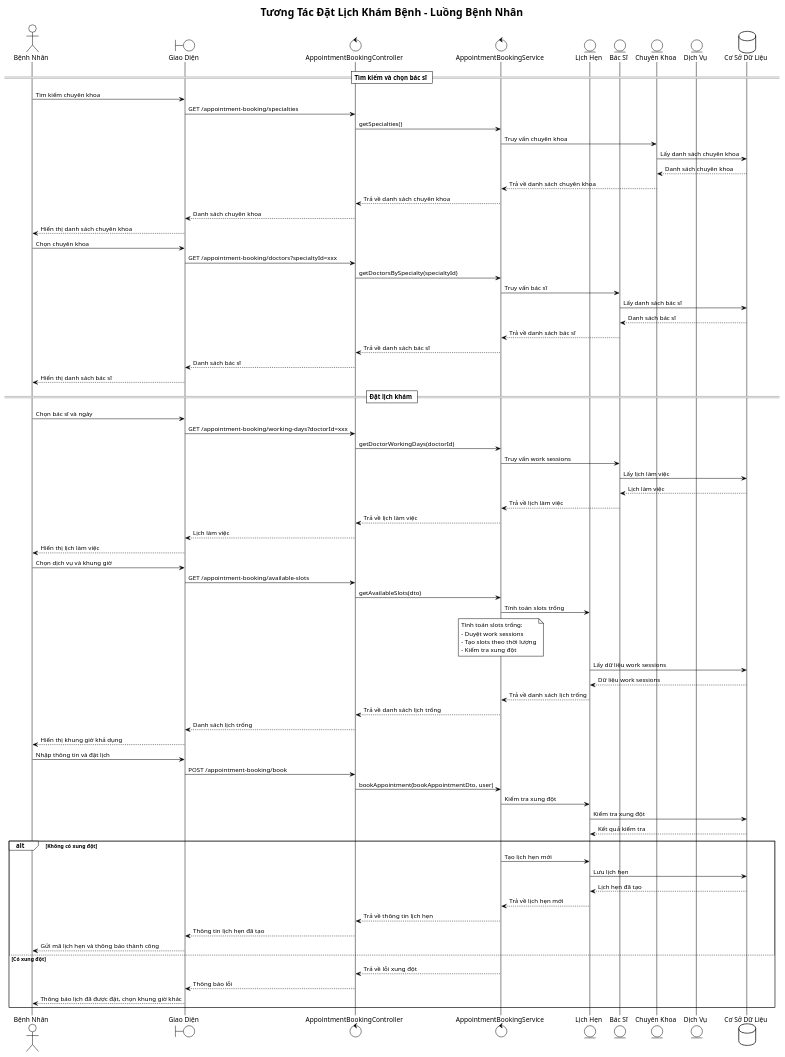
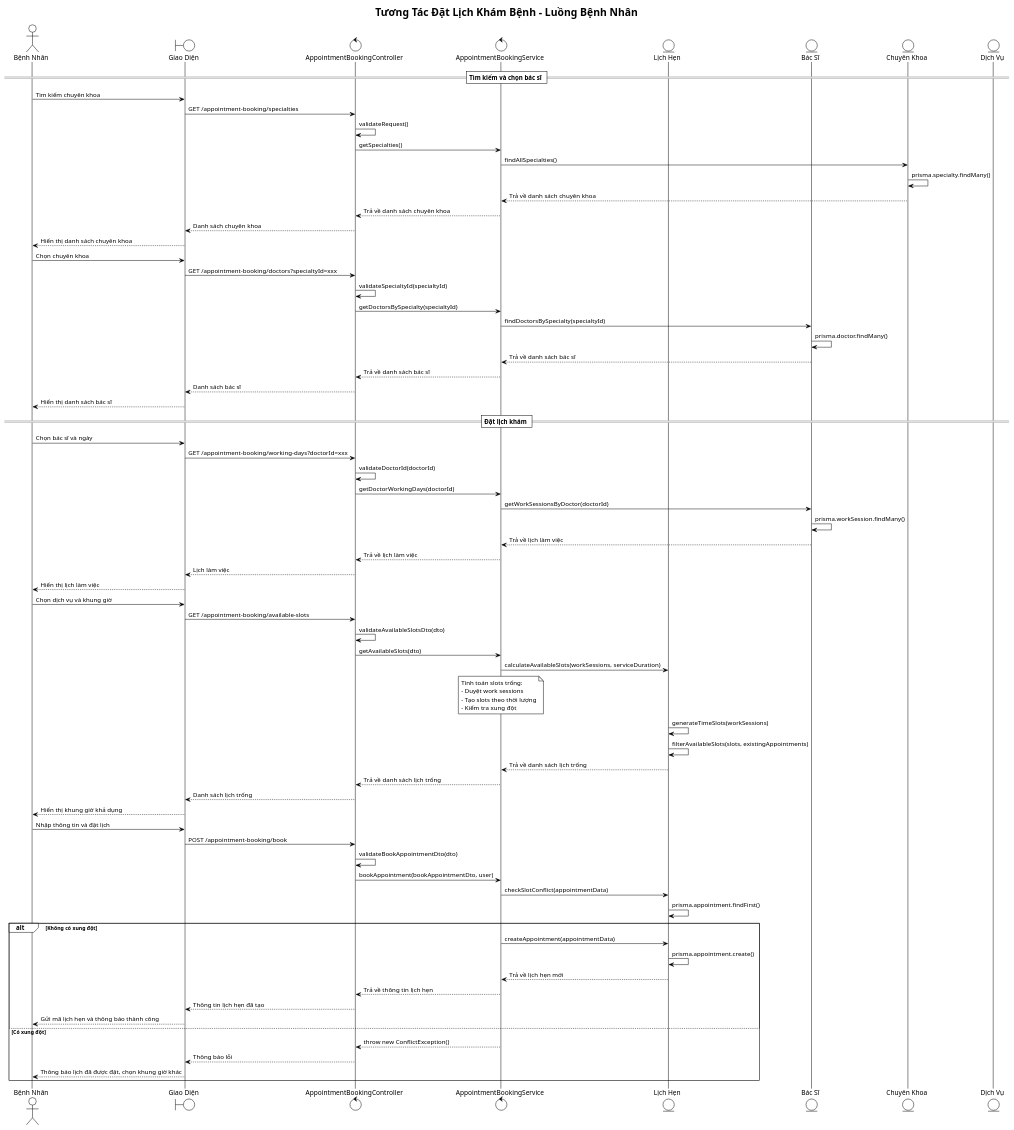
The diagram in docs/appointment-booking-patient-sequence.puml (iamKhang/revita-be), drawn with PlantUML before and after one commit. The commit also changed 7 other files, not shown here.

Commit message:
Update sequence

```diff
--- a/docs/appointment-booking-patient-sequence.puml
+++ b/docs/appointment-booking-patient-sequence.puml
@@ -1,90 +1,88 @@
 @startuml Appointment Booking - Patient Sequence Diagram
 !theme plain
 title Tương Tác Đặt Lịch Khám Bệnh - Luồng Bệnh Nhân
 
 actor "Bệnh Nhân" as P
 boundary "Giao Diện" as F
 control "AppointmentBookingController" as C
 control "AppointmentBookingService" as S
 entity "Lịch Hẹn" as A
 entity "Bác Sĩ" as D
 entity "Chuyên Khoa" as SP
 entity "Dịch Vụ" as SV
-database "Cơ Sở Dữ Liệu" as DB
 
 == Tìm kiếm và chọn bác sĩ ==
 
 P -> F: Tìm kiếm chuyên khoa
 F -> C: GET /appointment-booking/specialties
+C -> C: validateRequest()
 C -> S: getSpecialties()
-S -> SP: Truy vấn chuyên khoa
-SP -> DB: Lấy danh sách chuyên khoa
-DB --> SP: Danh sách chuyên khoa
+S -> SP: findAllSpecialties()
+SP -> SP: prisma.specialty.findMany()
 SP --> S: Trả về danh sách chuyên khoa
 S --> C: Trả về danh sách chuyên khoa
 C --> F: Danh sách chuyên khoa
 F --> P: Hiển thị danh sách chuyên khoa
 
 P -> F: Chọn chuyên khoa
 F -> C: GET /appointment-booking/doctors?specialtyId=xxx
+C -> C: validateSpecialtyId(specialtyId)
 C -> S: getDoctorsBySpecialty(specialtyId)
-S -> D: Truy vấn bác sĩ
-D -> DB: Lấy danh sách bác sĩ
-DB --> D: Danh sách bác sĩ
+S -> D: findDoctorsBySpecialty(specialtyId)
+D -> D: prisma.doctor.findMany()
 D --> S: Trả về danh sách bác sĩ
 S --> C: Trả về danh sách bác sĩ
 C --> F: Danh sách bác sĩ
 F --> P: Hiển thị danh sách bác sĩ
 
 == Đặt lịch khám ==
 
 P -> F: Chọn bác sĩ và ngày
 F -> C: GET /appointment-booking/working-days?doctorId=xxx
+C -> C: validateDoctorId(doctorId)
 C -> S: getDoctorWorkingDays(doctorId)
-S -> D: Truy vấn work sessions
-D -> DB: Lấy lịch làm việc
-DB --> D: Lịch làm việc
+S -> D: getWorkSessionsByDoctor(doctorId)
+D -> D: prisma.workSession.findMany()
 D --> S: Trả về lịch làm việc
 S --> C: Trả về lịch làm việc
 C --> F: Lịch làm việc
 F --> P: Hiển thị lịch làm việc
 
 P -> F: Chọn dịch vụ và khung giờ
 F -> C: GET /appointment-booking/available-slots
+C -> C: validateAvailableSlotsDto(dto)
 C -> S: getAvailableSlots(dto)
-S -> A: Tính toán slots trống
+S -> A: calculateAvailableSlots(workSessions, serviceDuration)
 
 note over S: Tính toán slots trống:\n- Duyệt work sessions\n- Tạo slots theo thời lượng\n- Kiểm tra xung đột
 
-A -> DB: Lấy dữ liệu work sessions
-DB --> A: Dữ liệu work sessions
+A -> A: generateTimeSlots(workSessions)
+A -> A: filterAvailableSlots(slots, existingAppointments)
 A --> S: Trả về danh sách lịch trống
 S --> C: Trả về danh sách lịch trống
 C --> F: Danh sách lịch trống
 F --> P: Hiển thị khung giờ khả dụng
 
 P -> F: Nhập thông tin và đặt lịch
 F -> C: POST /appointment-booking/book
+C -> C: validateBookAppointmentDto(dto)
 C -> S: bookAppointment(bookAppointmentDto, user)
 
-S -> A: Kiểm tra xung đột
-A -> DB: Kiểm tra xung đột
-DB --> A: Kết quả kiểm tra
+S -> A: checkSlotConflict(appointmentData)
+A -> A: prisma.appointment.findFirst()
 
 alt Không có xung đột
-  S -> A: Tạo lịch hẹn mới
-  A -> DB: Lưu lịch hẹn
-  DB --> A: Lịch hẹn đã tạo
-  
+  S -> A: createAppointment(appointmentData)
+  A -> A: prisma.appointment.create()
   A --> S: Trả về lịch hẹn mới
   S --> C: Trả về thông tin lịch hẹn
   C --> F: Thông tin lịch hẹn đã tạo
   F --> P: Gửi mã lịch hẹn và thông báo thành công
   
 else Có xung đột
-  S --> C: Trả về lỗi xung đột
+  S --> C: throw new ConflictException()
   C --> F: Thông báo lỗi
   F --> P: Thông báo lịch đã được đặt, chọn khung giờ khác
 end
 
 @enduml
```
